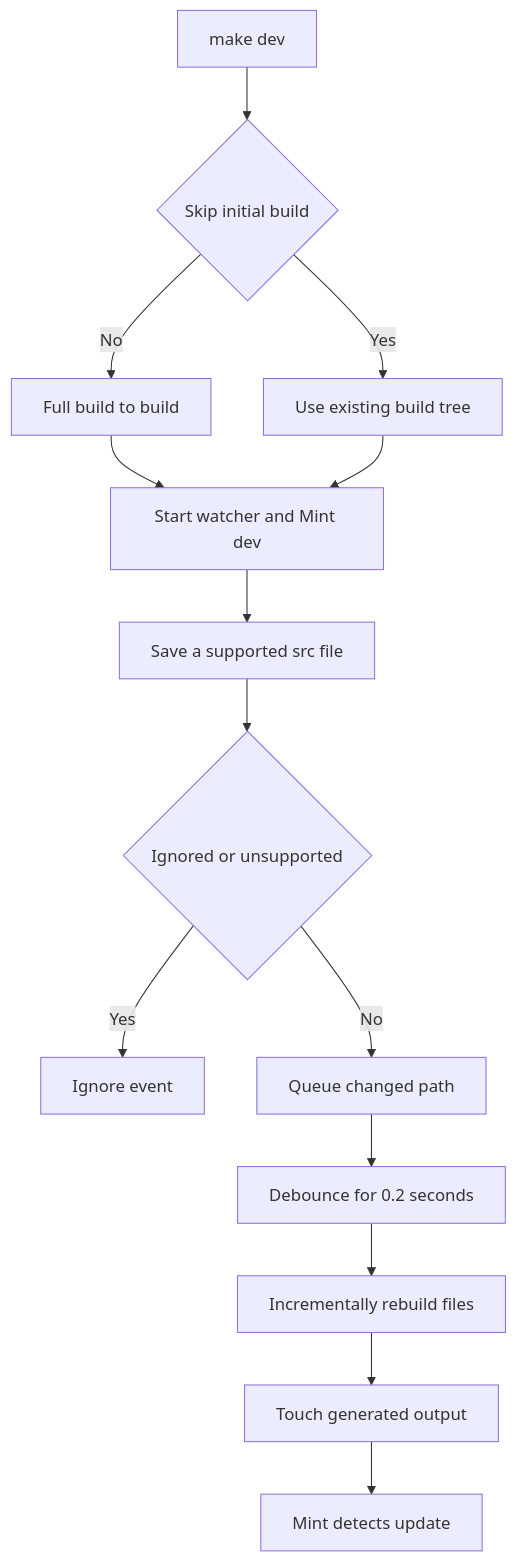
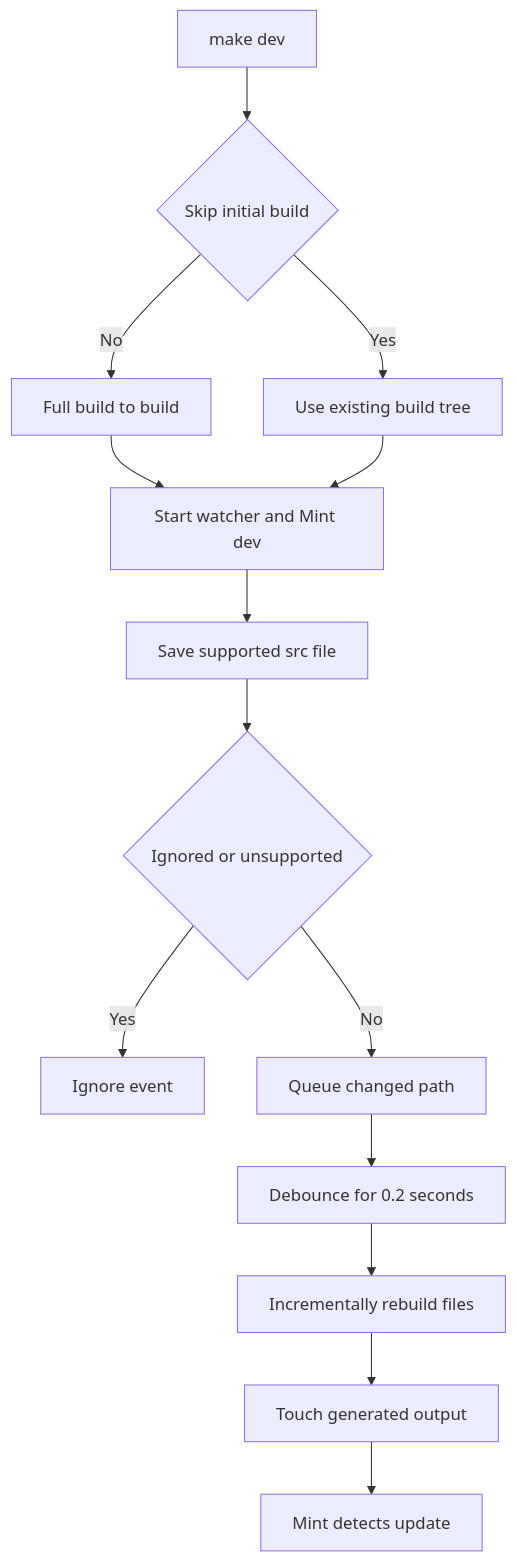
Before and after one commit to rishi-raj-jain/docs-1: the diagram in openwiki/workflows/local-development.md, drawn with Mermaid. The commit also changed other lines of this file and 48 other files, not shown here.

````diff
--- a/openwiki/workflows/local-development.md
+++ b/openwiki/workflows/local-development.md
@@ -94,16 +96,16 @@
 ```mermaid
 flowchart TD
   Start["make dev"] --> Decide{"Skip initial build"}
   Decide -->|"No"| Full["Full build to build"]
   Decide -->|"Yes"| Existing["Use existing build tree"]
   Full --> Services["Start watcher and Mint dev"]
   Existing --> Services
-  Services --> Edit["Save a supported src file"]
+  Services --> Edit["Save supported src file"]
   Edit --> Filter{"Ignored or unsupported"}
   Filter -->|"Yes"| Ignore["Ignore event"]
   Filter -->|"No"| Queue["Queue changed path"]
   Queue --> Delay["Debounce for 0.2 seconds"]
   Delay --> Rebuild["Incrementally rebuild files"]
   Rebuild --> Touch["Touch generated output"]
   Touch --> Preview["Mint detects update"]
 ```
````
